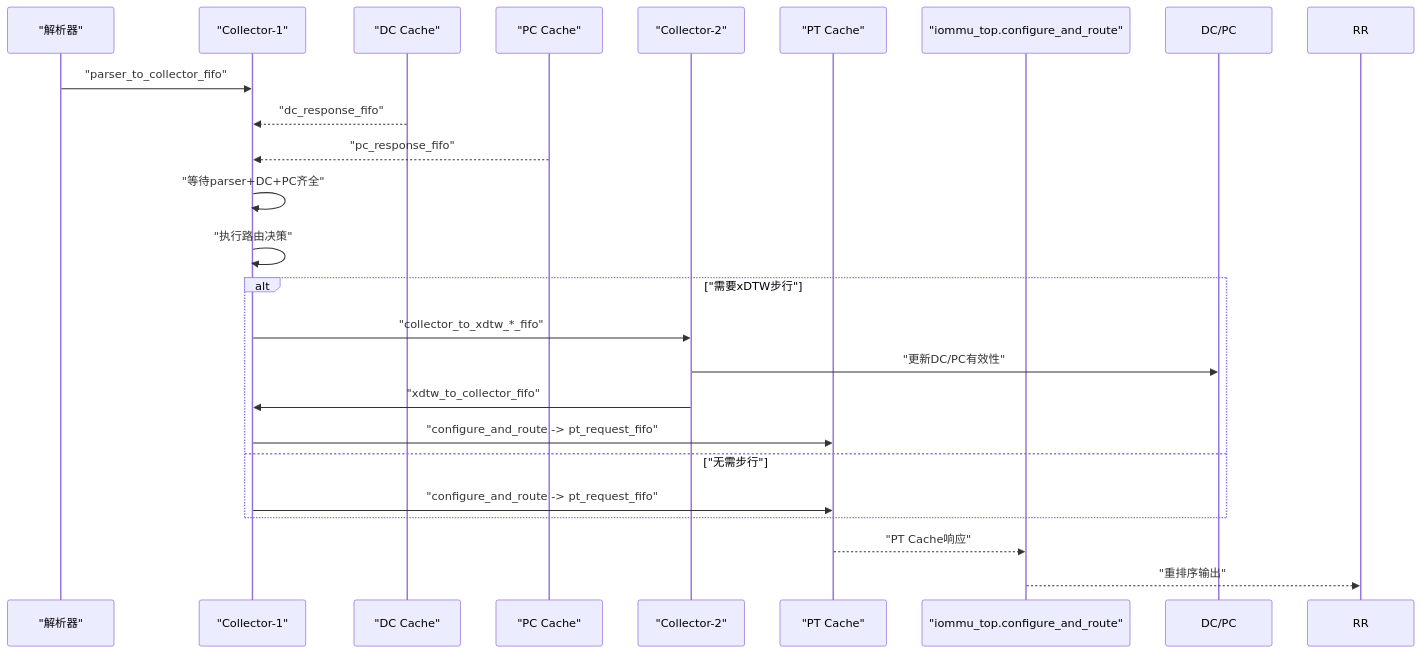
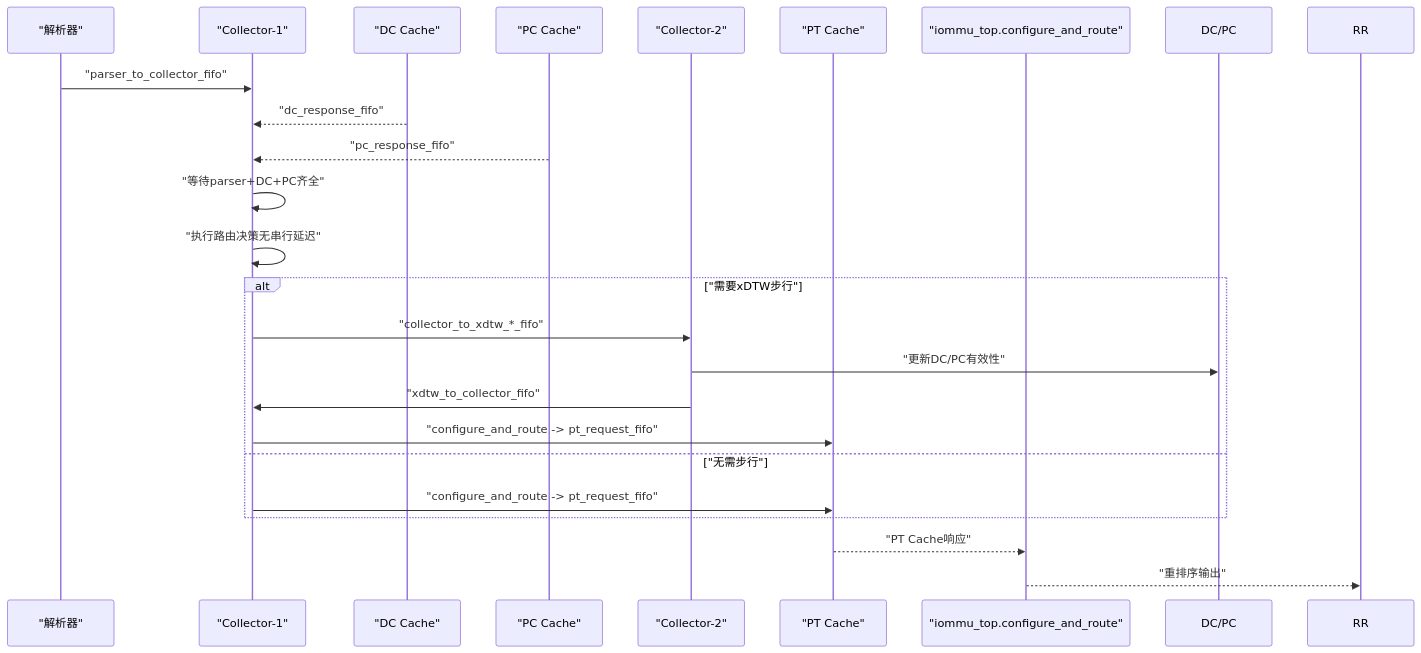
One commit to jiangjiang1122/iommu_model_20260401_v1 changed the second of 7 diagrams in .qoder/repowiki/zh/content/性能模型实现/Collector模块.md. Above: the diagram before and after it, drawn with Mermaid. The commit also changed other lines of this file and 48 other files, not shown here.

````diff
--- a/.qoder/repowiki/zh/content/性能模型实现/Collector模块.md
+++ b/.qoder/repowiki/zh/content/性能模型实现/Collector模块.md
@@ -108,25 +126,25 @@
 ```mermaid
 sequenceDiagram
 participant Parser as "解析器"
 participant Coll1 as "Collector-1"
 participant DC as "DC Cache"
 participant PC as "PC Cache"
 participant Coll2 as "Collector-2"
 participant PT as "PT Cache"
 participant Top as "iommu_top.configure_and_route"
 Parser->>Coll1 : "parser_to_collector_fifo"
 DC-->>Coll1 : "dc_response_fifo"
 PC-->>Coll1 : "pc_response_fifo"
 Coll1->>Coll1 : "等待parser+DC+PC齐全"
-Coll1->>Coll1 : "执行路由决策"
+Coll1->>Coll1 : "执行路由决策无串行延迟"
 alt "需要xDTW步行"
 Coll1->>Coll2 : "collector_to_xdtw_*_fifo"
 Coll2->>DC/PC : "更新DC/PC有效性"
 Coll2->>Coll1 : "xdtw_to_collector_fifo"
 Coll1->>PT : "configure_and_route -> pt_request_fifo"
 else "无需步行"
 Coll1->>PT : "configure_and_route -> pt_request_fifo"
 end
 PT-->>Top : "PT Cache响应"
 Top-->>RR : "重排序输出"
 ```
````
